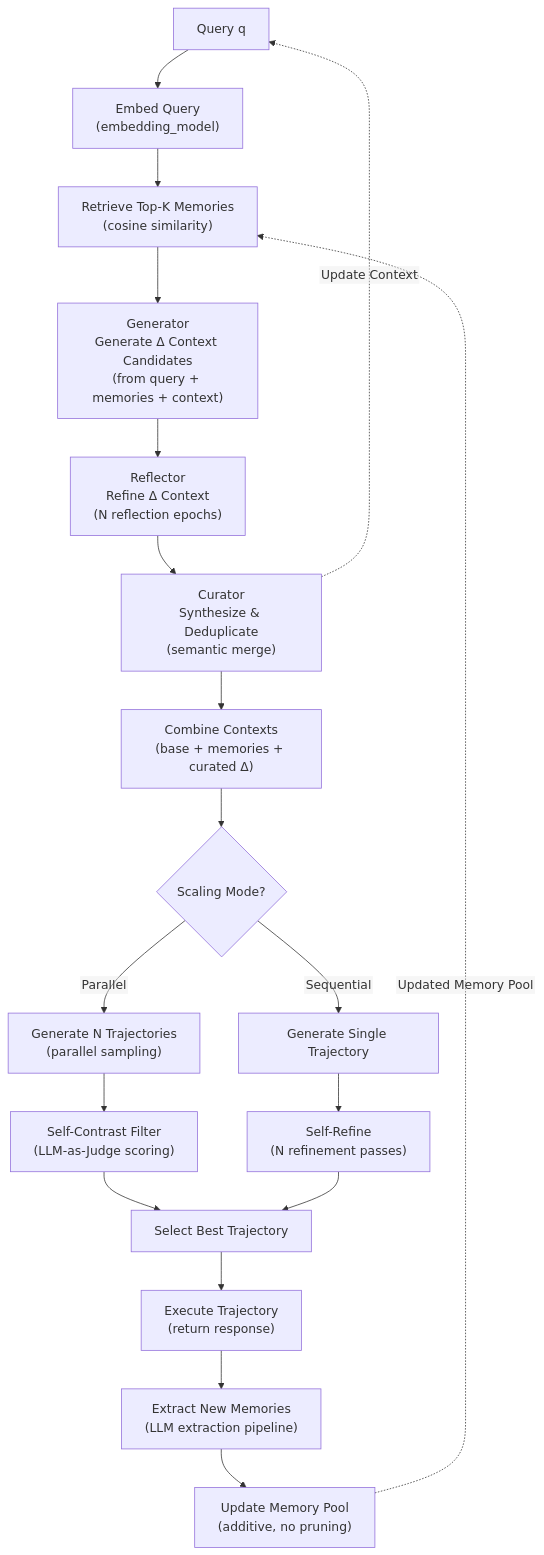
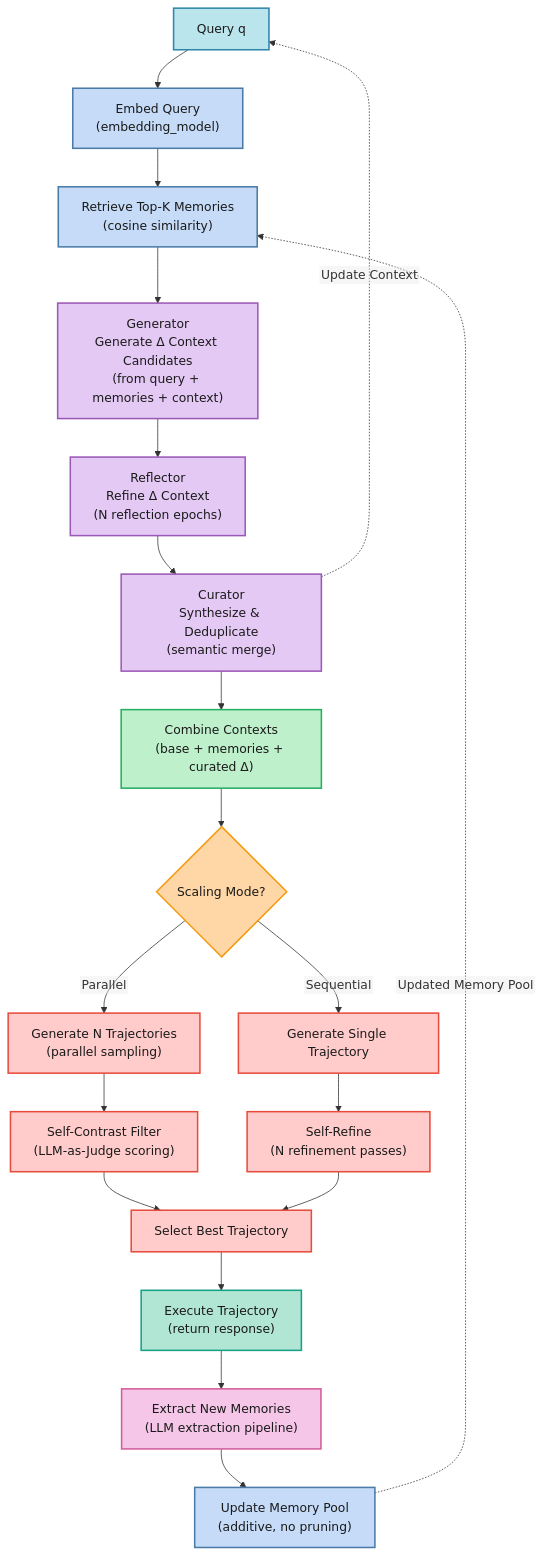
The diagram in src/content/blog/self-evolving-llm-agents.mdx (lavaman131/lavaman131.github.io), drawn with Mermaid before and after one commit. The commit also changed 1 other file, not shown here.

Commit message:
update theme for mermaid chart

````diff
--- a/src/content/blog/self-evolving-llm-agents.mdx
+++ b/src/content/blog/self-evolving-llm-agents.mdx
@@ -1092,36 +1092,58 @@
 ```mermaid
 %%{init: {
   'theme': 'default',
   'flowchart': {
     'htmlLabels': false,
     'wrap': true
+  },
+  'themeVariables': {
+    'primaryColor': '#E8F4F8',
+    'primaryTextColor': '#1a1a1a',
+    'primaryBorderColor': '#4A90A4',
+    'secondaryColor': '#F0E8F4',
+    'secondaryTextColor': '#1a1a1a',
+    'secondaryBorderColor': '#8B7AA8',
+    'tertiaryColor': '#F4F0E8',
+    'tertiaryTextColor': '#1a1a1a',
+    'tertiaryBorderColor': '#A89B7A',
+    'noteBkgColor': '#E8F8E8',
+    'noteTextColor': '#1a1a1a',
+    'noteBorderColor': '#6FA86F'
   }
 }}%%
 flowchart TD
-    Start["Query q"] --> Embed["Embed Query\n(embedding_model)"]
-    Embed --> Retrieve["Retrieve Top-K Memories\n(cosine similarity)"]
+    Start["Query q"]:::inputStyle --> Embed["Embed Query\n(embedding_model)"]:::memoryStyle
+    Embed --> Retrieve["Retrieve Top-K Memories\n(cosine similarity)"]:::memoryStyle
 
-    Retrieve --> Generator["Generator\nGenerate Δ Context Candidates\n(from query + memories + context)"]
-    Generator --> Reflector["Reflector\nRefine Δ Context\n(N reflection epochs)"]
-    Reflector --> Curator["Curator\nSynthesize & Deduplicate\n(semantic merge)"]
+    Retrieve --> Generator["Generator\nGenerate Δ Context Candidates\n(from query + memories + context)"]:::aceStyle
+    Generator --> Reflector["Reflector\nRefine Δ Context\n(N reflection epochs)"]:::aceStyle
+    Reflector --> Curator["Curator\nSynthesize & Deduplicate\n(semantic merge)"]:::aceStyle
 
-    Curator --> Combine["Combine Contexts\n(base + memories + curated Δ)"]
+    Curator --> Combine["Combine Contexts\n(base + memories + curated Δ)"]:::combineStyle
 
-    Combine --> ScalingMode{"Scaling Mode?"}
+    Combine --> ScalingMode{"Scaling Mode?"}:::decisionStyle
 
-    ScalingMode -->|Parallel| ParallelGen["Generate N Trajectories\n(parallel sampling)"]
-    ParallelGen --> SelfContrast["Self-Contrast Filter\n(LLM-as-Judge scoring)"]
-    SelfContrast --> BestTraj["Select Best Trajectory"]
+    ScalingMode -->|Parallel| ParallelGen["Generate N Trajectories\n(parallel sampling)"]:::mattsStyle
+    ParallelGen --> SelfContrast["Self-Contrast Filter\n(LLM-as-Judge scoring)"]:::mattsStyle
+    SelfContrast --> BestTraj["Select Best Trajectory"]:::mattsStyle
 
-    ScalingMode -->|Sequential| SeqGen["Generate Single Trajectory"]
-    SeqGen --> SelfRefine["Self-Refine\n(N refinement passes)"]
+    ScalingMode -->|Sequential| SeqGen["Generate Single Trajectory"]:::mattsStyle
+    SeqGen --> SelfRefine["Self-Refine\n(N refinement passes)"]:::mattsStyle
     SelfRefine --> BestTraj
 
-    BestTraj --> Execute["Execute Trajectory\n(return response)"]
-    Execute --> ExtractMem["Extract New Memories\n(LLM extraction pipeline)"]
-    ExtractMem --> UpdatePool["Update Memory Pool\n(additive, no pruning)"]
+    BestTraj --> Execute["Execute Trajectory\n(return response)"]:::executeStyle
+    Execute --> ExtractMem["Extract New Memories\n(LLM extraction pipeline)"]:::extractStyle
+    ExtractMem --> UpdatePool["Update Memory Pool\n(additive, no pruning)"]:::memoryStyle
 
     UpdatePool -.->|Updated Memory Pool| Retrieve
     Curator -.->|Update Context| Start
 
+    classDef inputStyle fill:#BBE5ED,stroke:#2E86AB,stroke-width:2px,color:#1a1a1a
+    classDef memoryStyle fill:#C5DBF7,stroke:#4A7BA7,stroke-width:2px,color:#1a1a1a
+    classDef aceStyle fill:#E4C9F5,stroke:#9B59B6,stroke-width:2px,color:#1a1a1a
+    classDef combineStyle fill:#BEF0CB,stroke:#27AE60,stroke-width:2px,color:#1a1a1a
+    classDef decisionStyle fill:#FFD6A5,stroke:#F39C12,stroke-width:2px,color:#1a1a1a
+    classDef mattsStyle fill:#FFCCCB,stroke:#E74C3C,stroke-width:2px,color:#1a1a1a
+    classDef executeStyle fill:#B2E6D4,stroke:#16A085,stroke-width:2px,color:#1a1a1a
+    classDef extractStyle fill:#F5C6E8,stroke:#D35D9A,stroke-width:2px,color:#1a1a1a
 ```
````
